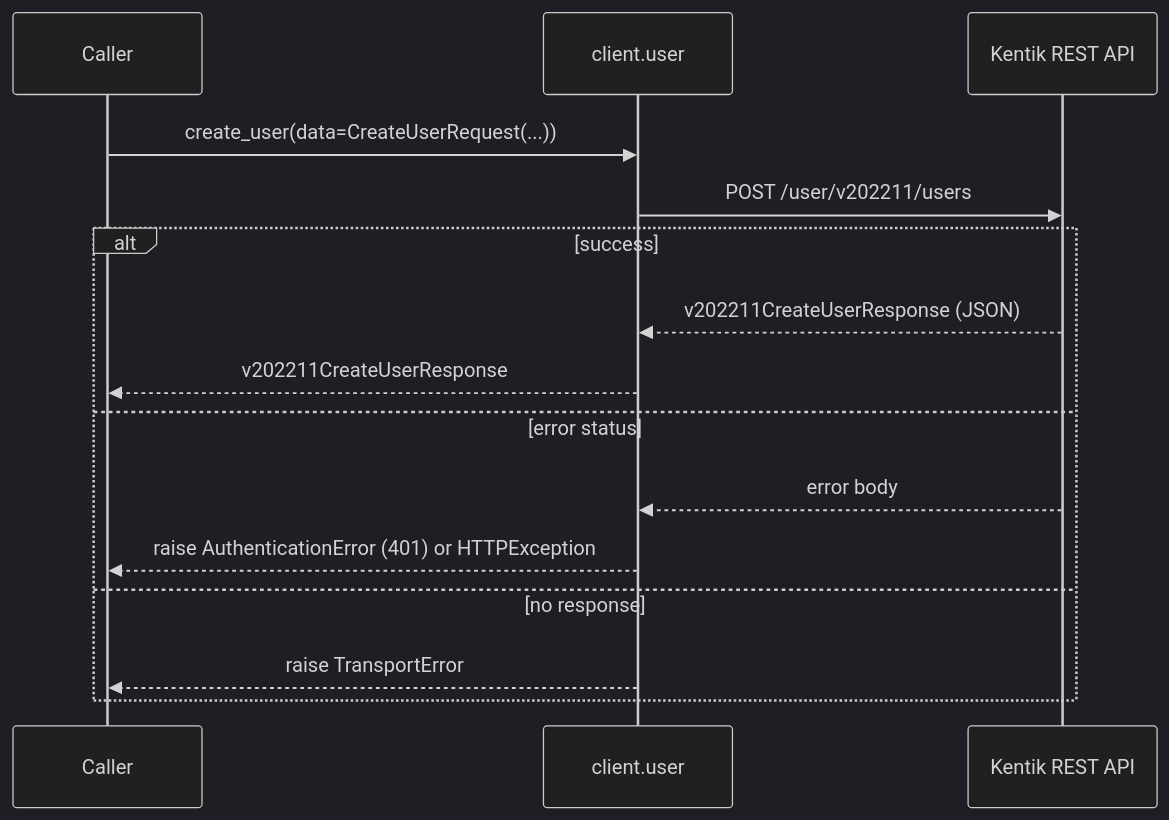
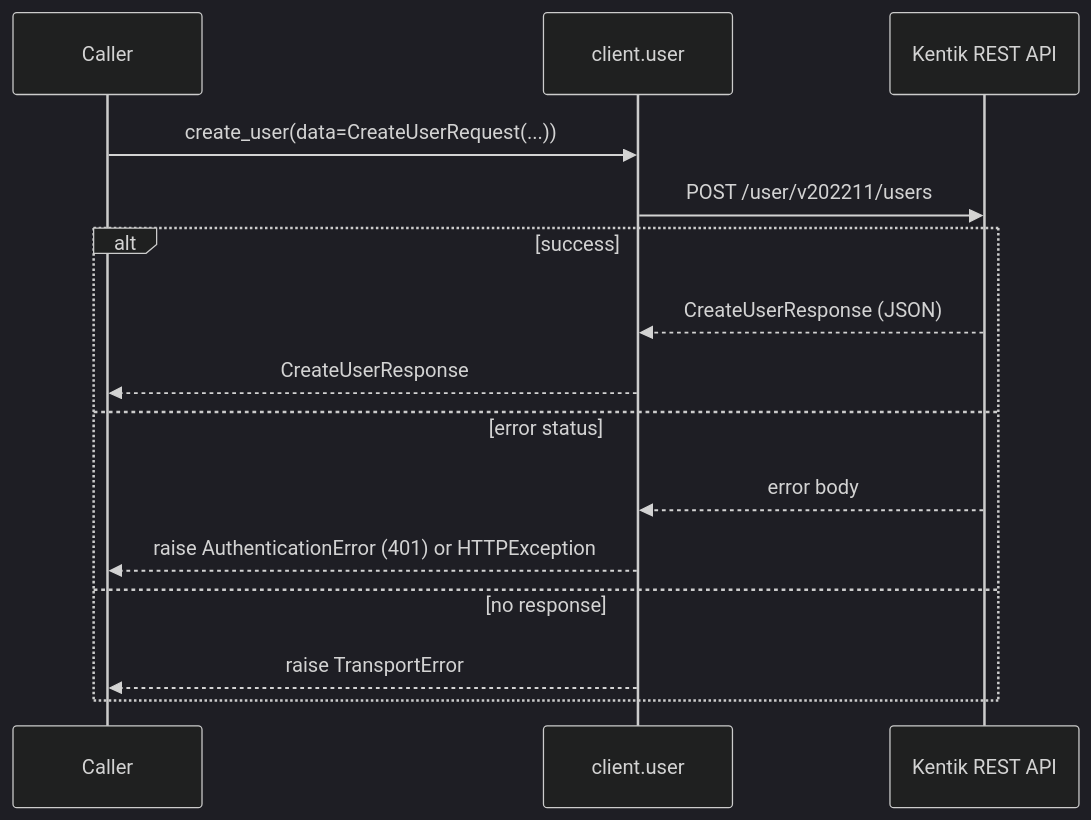
One commit to alexdearaujo/community_sdk_python changed the fourth of 16 diagrams in docs/sphinx/services/user.md. Above: the diagram before and after it, drawn with Mermaid (dark theme). The commit also changed other lines of this file and 38 other files, not shown here.

````diff
--- a/docs/sphinx/services/user.md
+++ b/docs/sphinx/services/user.md
@@ -106,18 +106,18 @@
 ```mermaid
 sequenceDiagram
     participant C as Caller
     participant W as client.user
     participant API as Kentik REST API
 
     C->>W: create_user(data=CreateUserRequest(...))
     W->>API: POST /user/v202211/users
     alt success
-        API-->>W: v202211CreateUserResponse (JSON)
-        W-->>C: v202211CreateUserResponse
+        API-->>W: CreateUserResponse (JSON)
+        W-->>C: CreateUserResponse
     else error status
         API-->>W: error body
         W-->>C: raise AuthenticationError (401) or HTTPException
     else no response
         W-->>C: raise TransportError
     end
 ```
````
